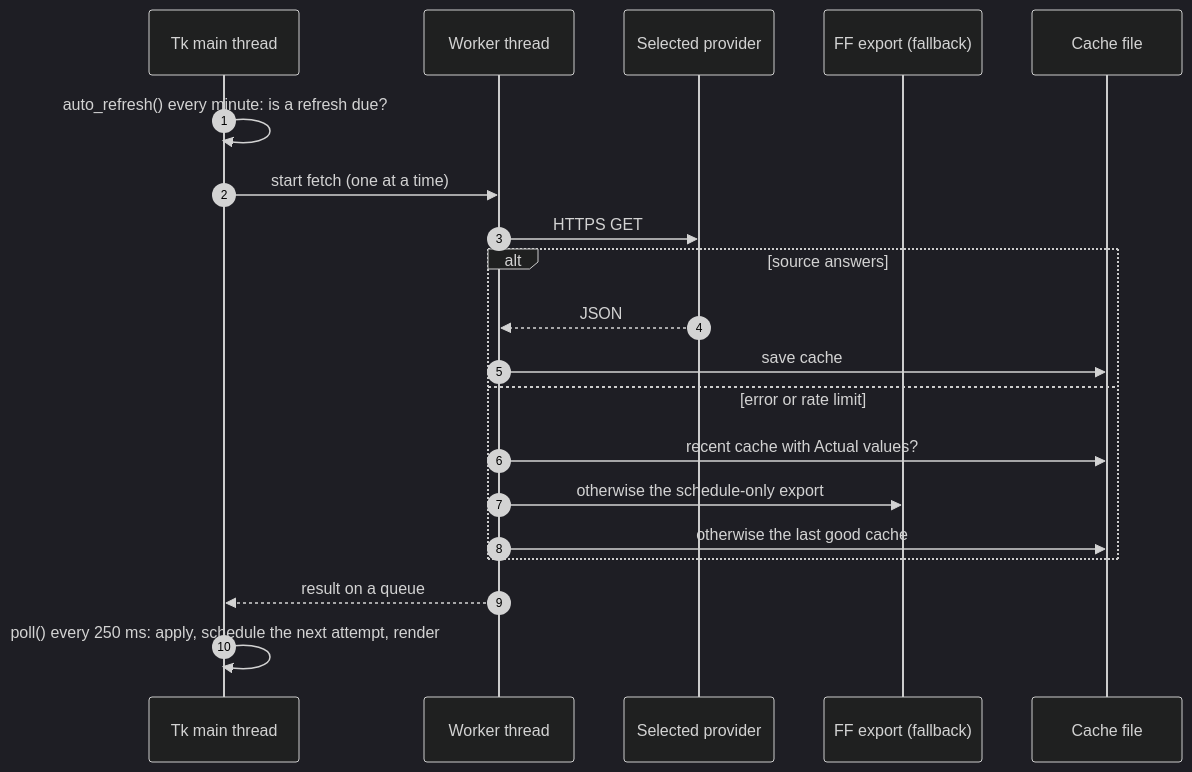
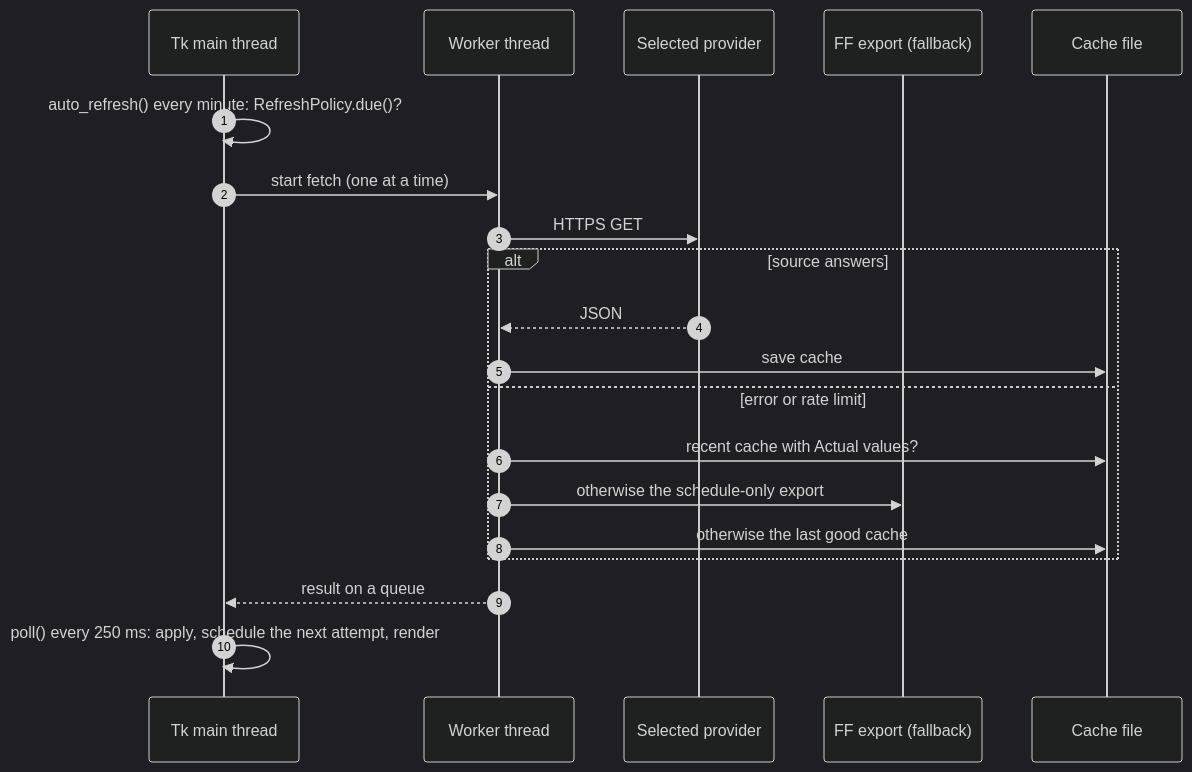
Before and after one commit to Kasra-Sartaee/econpulse: the second of 2 diagrams in docs/ARCHITECTURE.md, drawn with Mermaid (dark theme). The commit also changed other lines of this file and 72 other files, not shown here.

````diff
--- a/docs/ARCHITECTURE.md
+++ b/docs/ARCHITECTURE.md
@@ -70,23 +72,23 @@
 ```mermaid
 sequenceDiagram
     autonumber
     participant Tk as Tk main thread
     participant W as Worker thread
     participant P as Selected provider
     participant F as FF export (fallback)
     participant C as Cache file
 
-    Tk->>Tk: auto_refresh() every minute: is a refresh due?
+    Tk->>Tk: auto_refresh() every minute: RefreshPolicy.due()?
     Tk->>W: start fetch (one at a time)
     W->>P: HTTPS GET
     alt source answers
         P-->>W: JSON
         W->>C: save cache
     else error or rate limit
         W->>C: recent cache with Actual values?
         W->>F: otherwise the schedule-only export
         W->>C: otherwise the last good cache
     end
     W-->>Tk: result on a queue
     Tk->>Tk: poll() every 250 ms: apply, schedule the next attempt, render
 ```
````
